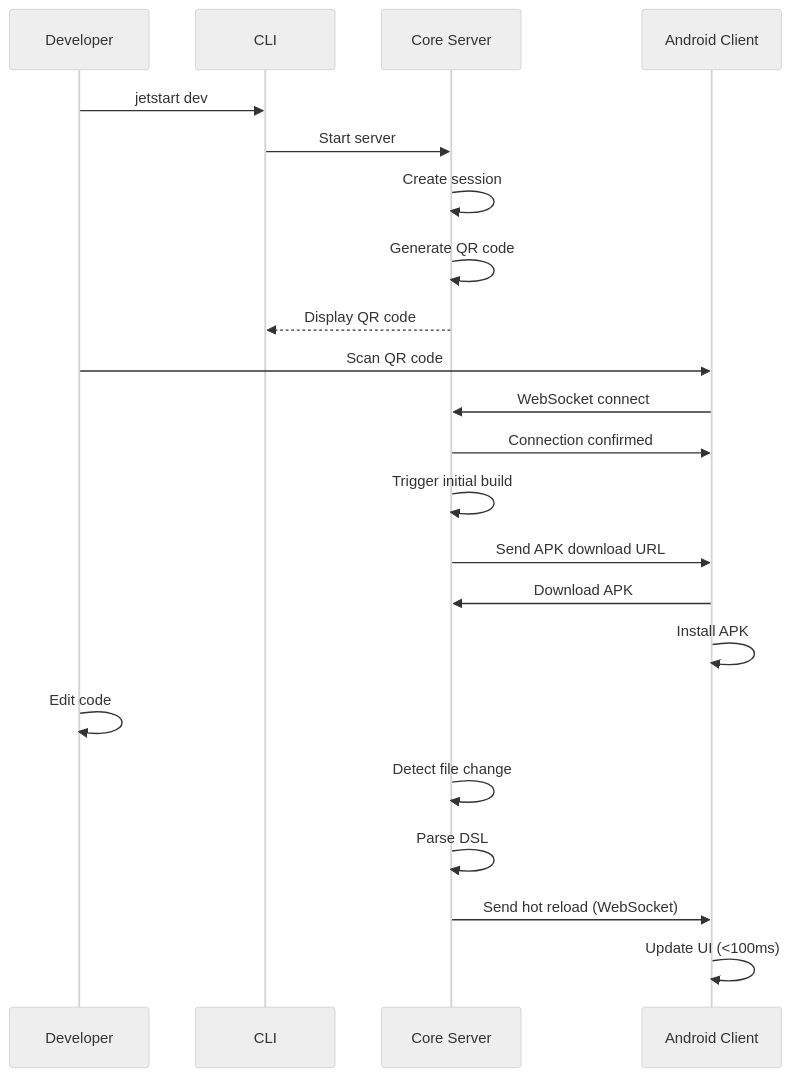
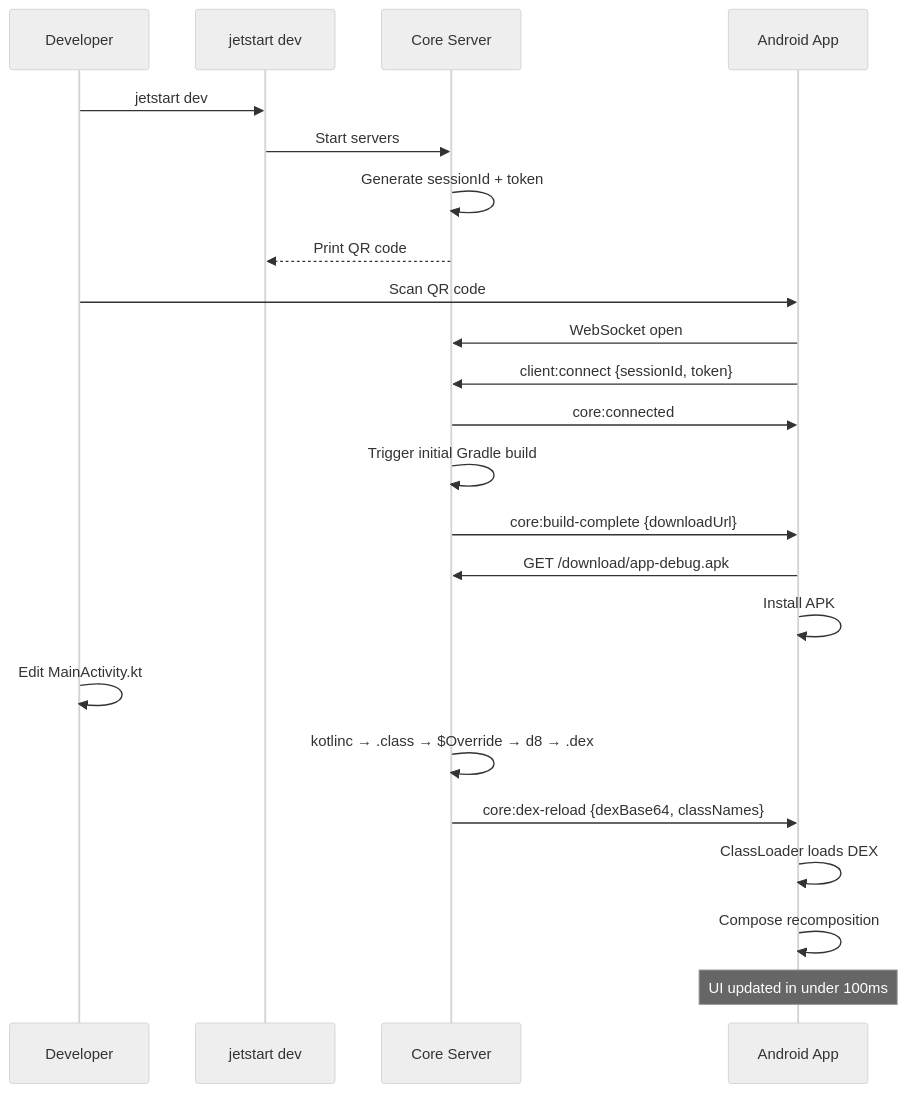
One commit to dev-phantom/jetstart changed the second of 2 diagrams in docs/docs/architecture/overview.md. Above: the diagram before and after it, drawn with Mermaid (neutral theme). The commit also changed other lines of this file and 47 other files, not shown here.

````diff
--- a/docs/docs/architecture/overview.md
+++ b/docs/docs/architecture/overview.md
@@ -127,27 +93,28 @@
 ```mermaid
 sequenceDiagram
     participant Dev as Developer
-    participant CLI as CLI
+    participant CLI as jetstart dev
     participant Core as Core Server
-    participant Client as Android Client
-    
+    participant Client as Android App
+
     Dev->>CLI: jetstart dev
-    CLI->>Core: Start server
-    Core->>Core: Create session
-    Core->>Core: Generate QR code
-    Core-->>CLI: Display QR code
-    
+    CLI->>Core: Start servers
+    Core->>Core: Generate sessionId + token
+    Core-->>CLI: Print QR code
+
     Dev->>Client: Scan QR code
-    Client->>Core: WebSocket connect
-    Core->>Client: Connection confirmed
-    Core->>Core: Trigger initial build
-    Core->>Client: Send APK download URL
-    Client->>Core: Download APK
+    Client->>Core: WebSocket open
+    Client->>Core: client:connect {sessionId, token}
+    Core->>Client: core:connected
+    Core->>Core: Trigger initial Gradle build
+    Core->>Client: core:build-complete {downloadUrl}
+    Client->>Core: GET /download/app-debug.apk
     Client->>Client: Install APK
-    
-    Dev->>Dev: Edit code
-    Core->>Core: Detect file change
-    Core->>Core: Parse DSL
-    Core->>Client: Send hot reload (WebSocket)
-    Client->>Client: Update UI (<100ms)
+
+    Dev->>Dev: Edit MainActivity.kt
+    Core->>Core: kotlinc → .class → $Override → d8 → .dex
+    Core->>Client: core:dex-reload {dexBase64, classNames}
+    Client->>Client: ClassLoader loads DEX
+    Client->>Client: Compose recomposition
+    Note over Client: UI updated in under 100ms
 ```
````
